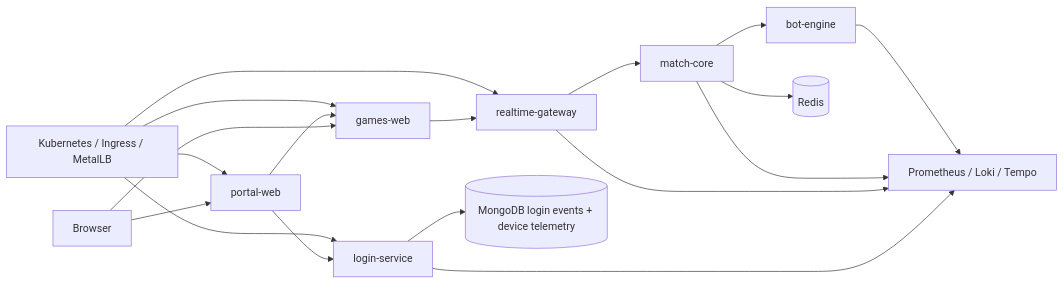
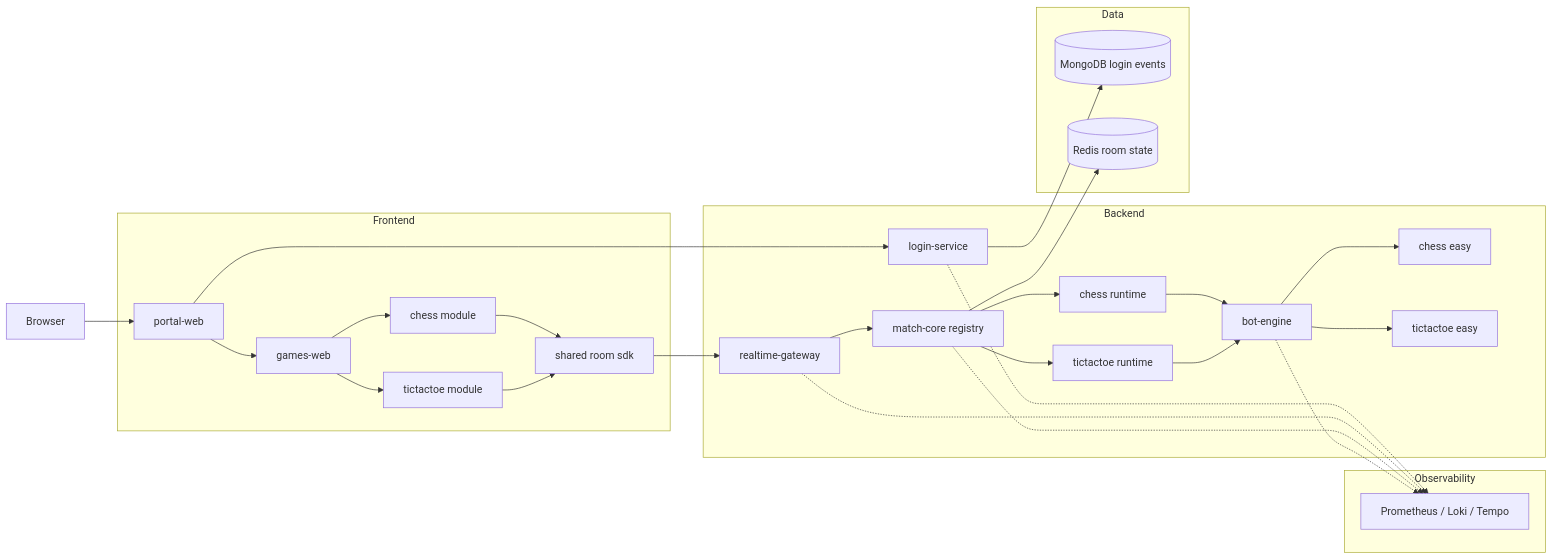
The first of 2 diagrams in README.md (Marques-net/geek-hub), drawn with Mermaid before and after one commit. The commit also changed other lines of this file and 4 other files, not shown here.

Commit message:
update docs for multi-game architecture

````diff
--- a/README.md
+++ b/README.md
@@ -13,20 +13,54 @@
 ```mermaid
 flowchart LR
-    U[Browser] --> P[portal-web]
-    U --> G[games-web]
-    P --> L[login-service]
+    U[Browser]
+
+    subgraph FE[Frontend]
+        P[portal-web]
+        G[games-web]
+        C[chess module]
+        T[tictactoe module]
+        S[shared room sdk]
+    end
+
+    subgraph BE[Backend]
+        L[login-service]
+        R[realtime-gateway]
+        M[match-core registry]
+        CR[chess runtime]
+        TR[tictactoe runtime]
+        B[bot-engine]
+        CE[chess easy]
+        TE[tictactoe easy]
+    end
+
+    subgraph DATA[Data]
+        MG[(MongoDB login events)]
+        RD[(Redis room state)]
+    end
+
+    subgraph OBS[Observability]
+        O[Prometheus / Loki / Tempo]
+    end
+
+    U --> P
+    P --> L
+    L --> MG
     P --> G
-    G --> R[realtime-gateway]
-    R --> M[match-core]
-    M --> B[bot-engine]
-    L --> MG[(MongoDB login events + device telemetry)]
-    M --> D[(Redis)]
-    L --> O[Prometheus / Loki / Tempo]
-    R --> O[Prometheus / Loki / Tempo]
-    M --> O
-    B --> O
-    K[Kubernetes / Ingress / MetalLB] --> P
-    K --> G
-    K --> L
-    K --> R
+    G --> C
+    G --> T
+    C --> S
+    T --> S
+    S --> R
+    R --> M
+    M --> CR
+    M --> TR
+    CR --> B
+    TR --> B
+    B --> CE
+    B --> TE
+    M --> RD
+    L -.-> O
+    R -.-> O
+    M -.-> O
+    B -.-> O
 ```
````
